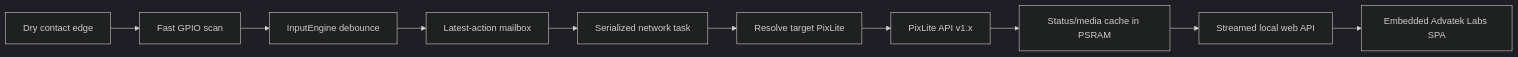
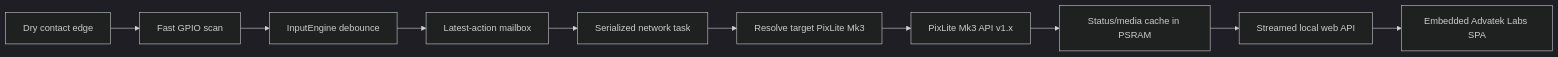
One commit to advatekcommunitylabs/PixLite-Mk3-Contact-Trigger changed the diagram in docs/ARCHITECTURE.md. Above: the diagram before and after it, drawn with Mermaid (dark theme). The commit also changed other lines of this file and 101 other files, not shown here.

````diff
--- a/docs/ARCHITECTURE.md
+++ b/docs/ARCHITECTURE.md
@@ -61,12 +61,12 @@
 ```mermaid
 flowchart LR
     Contact["Dry contact edge"] --> Scan["Fast GPIO scan"]
     Scan --> Debounce["InputEngine debounce"]
     Debounce --> Mailbox["Latest-action mailbox"]
     Mailbox --> Network["Serialized network task"]
-    Network --> Resolve["Resolve target PixLite"]
-    Resolve --> HTTP["PixLite API v1.x"]
+    Network --> Resolve["Resolve target PixLite Mk3"]
+    Resolve --> HTTP["PixLite Mk3 API v1.x"]
     HTTP --> Status["Status/media cache in PSRAM"]
     Status --> API["Streamed local web API"]
     API --> UI["Embedded Advatek Labs SPA"]
 ```
````
